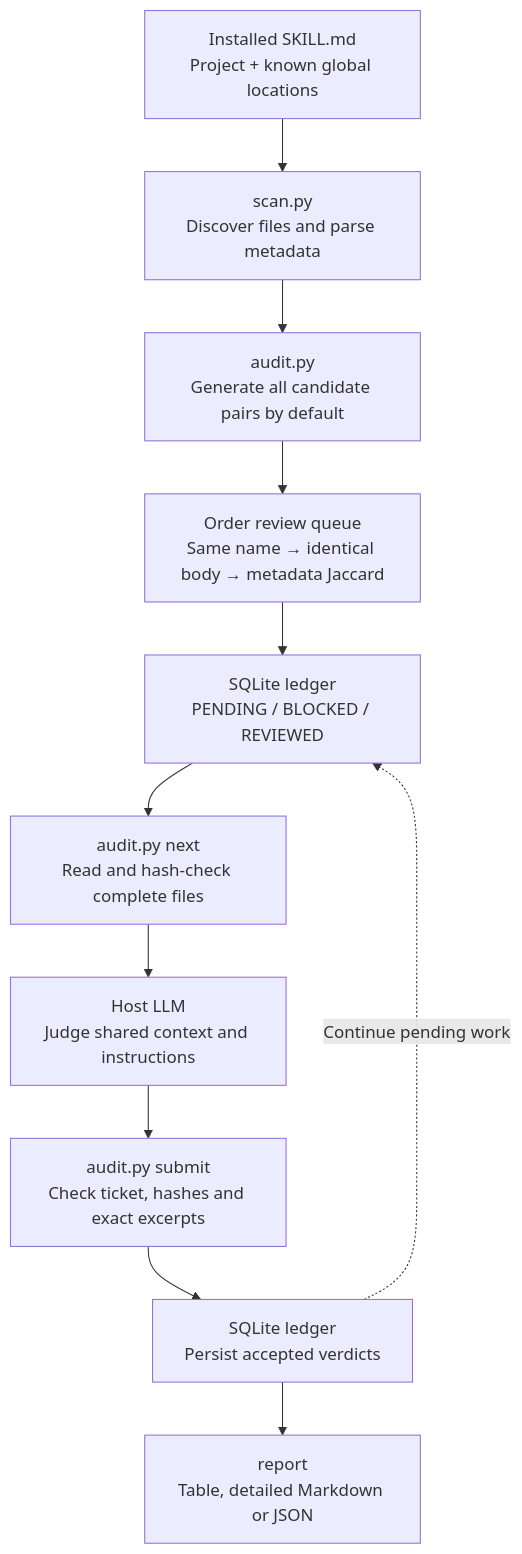
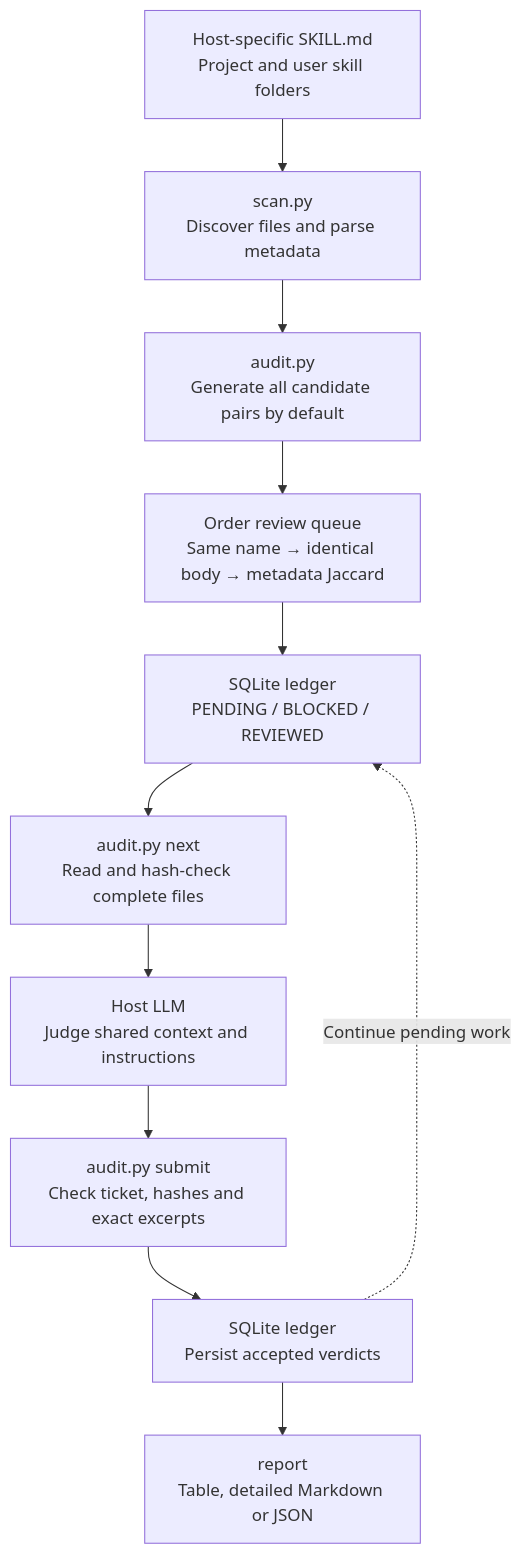
The diagram in README.md (EddyBough/clash-skills), drawn with Mermaid before and after one commit. The commit also changed other lines of this file and 3 other files, not shown here.

```diff
--- a/README.md
+++ b/README.md
@@ -103,13 +109,13 @@
 ~~~mermaid
 flowchart TD
-    A["Installed SKILL.md<br/>Project + known global locations"] --> B["scan.py<br/>Discover files and parse metadata"]
+    A["Host-specific SKILL.md<br/>Project and user skill folders"] --> B["scan.py<br/>Discover files and parse metadata"]
     B --> C["audit.py<br/>Generate all candidate pairs by default"]
     C --> D["Order review queue<br/>Same name → identical body → metadata Jaccard"]
     D --> E["SQLite ledger<br/>PENDING / BLOCKED / REVIEWED"]
     E --> F["audit.py next<br/>Read and hash-check complete files"]
     F --> G["Host LLM<br/>Judge shared context and instructions"]
     G --> H["audit.py submit<br/>Check ticket, hashes and exact excerpts"]
     H --> I["SQLite ledger<br/>Persist accepted verdicts"]
     I --> J["report<br/>Table, detailed Markdown or JSON"]
     I -. "Continue pending work" .-> E
 ~~~
```
